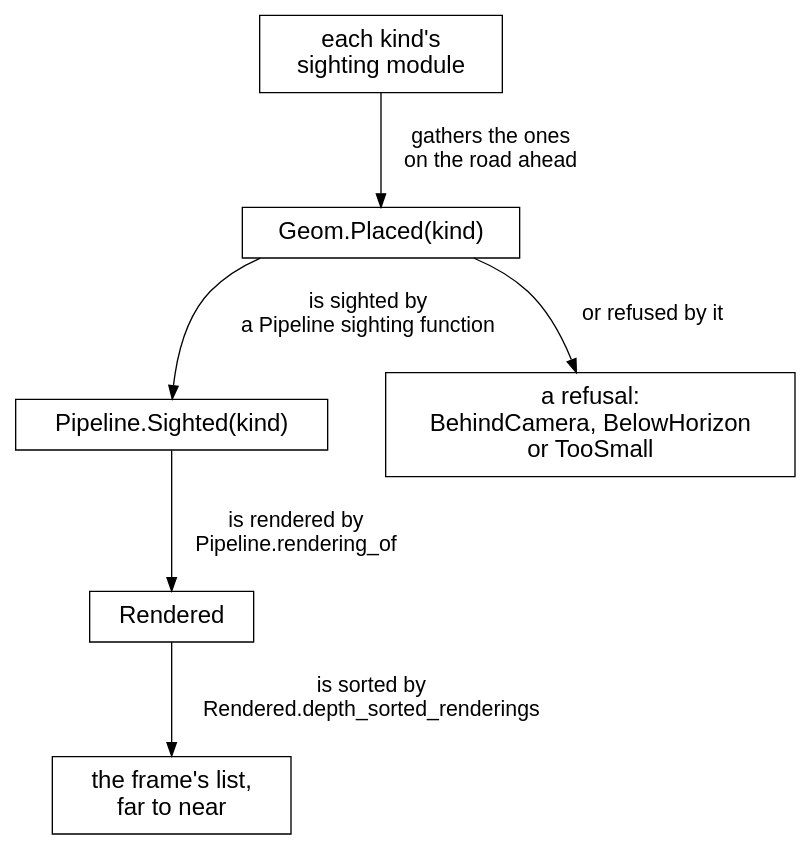
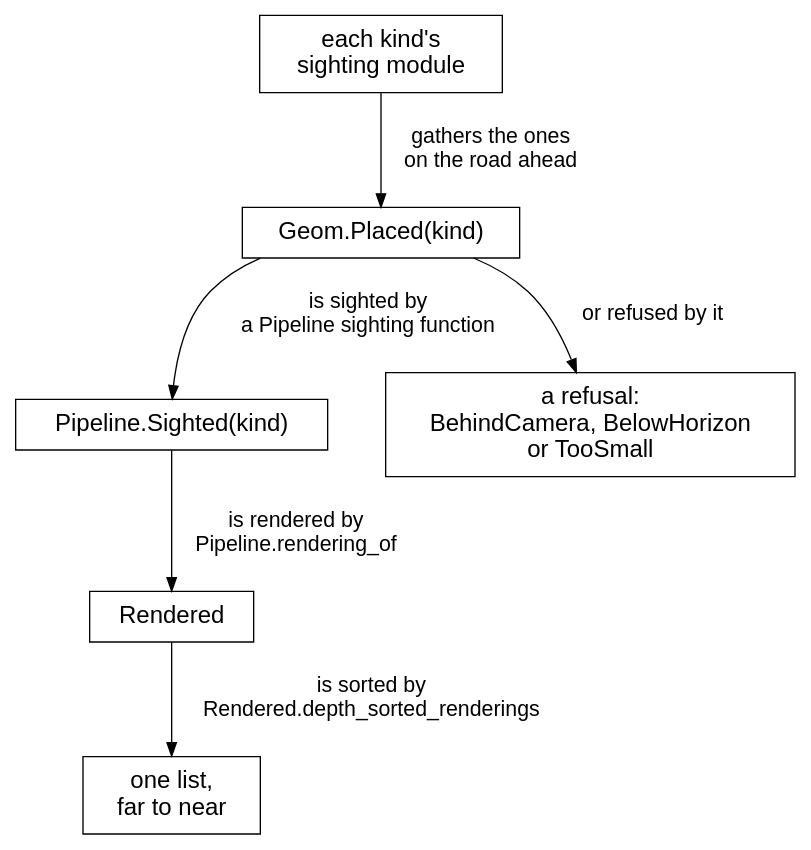
One commit to showell/roc-apps changed the third of 30 diagrams in canvas_apps/safari/tutorial/tutorial.md. Above: the diagram before and after it, drawn with Graphviz. The commit also changed other lines of this file, not shown here.

Commit message:
The pipeline: ready for a long read: the opening ties it to A far tree, the sections follow the diagram's boxes, Refused in a clearer order

````diff
--- a/canvas_apps/safari/tutorial/tutorial.md
+++ b/canvas_apps/safari/tutorial/tutorial.md
@@ -535,20 +535,20 @@
 ```dot
 digraph pipeline {
   rankdir=TB;
   nodesep=0.6;
   ranksep=0.7;
   node [shape=box, fontname="Helvetica", fontsize=18, margin="0.25,0.12"];
   edge [fontname="Helvetica", fontsize=16];
   finder [label="each kind's\nsighting module"];
   placed [label="Geom.Placed(kind)"];
   sighted [label="Pipeline.Sighted(kind)"];
   refused [label="a refusal:\nBehindCamera, BelowHorizon\nor TooSmall"];
   rendered [label="Rendered"];
-  list [label="the frame's list,\nfar to near"];
+  list [label="one list,\nfar to near"];
   finder -> placed [label="  gathers the ones\n  on the road ahead"];
   placed -> sighted [label="  is sighted by\n  a Pipeline sighting function"];
   placed -> refused [label="  or refused by it"];
   sighted -> rendered [label="  is rendered by\n  Pipeline.rendering_of"];
   rendered -> list [label="  is sorted by\n  Rendered.depth_sorted_renderings"];
 }
 ```
````
